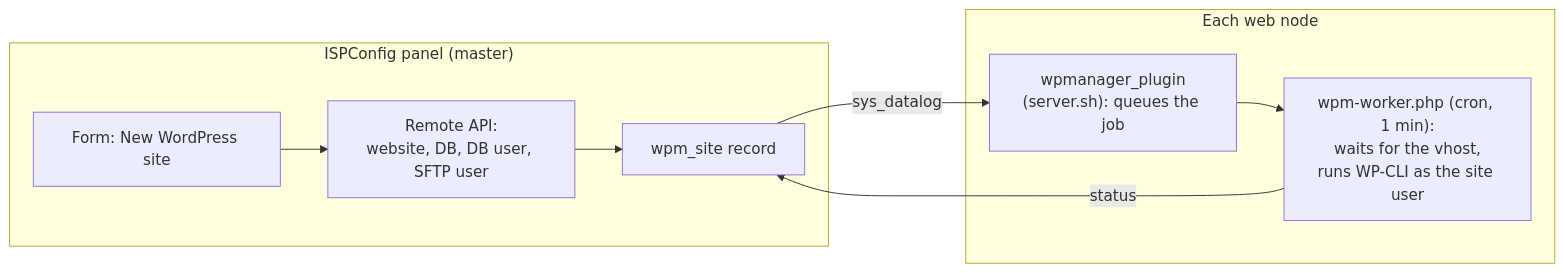
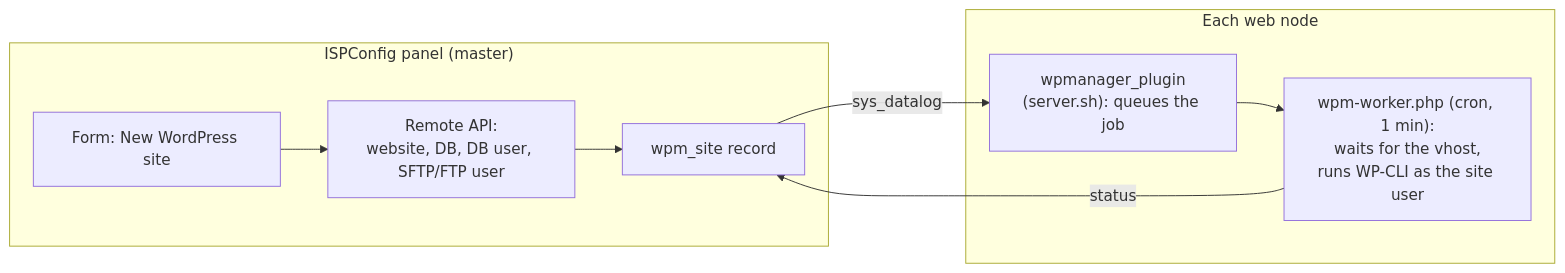
The diagram in README.md (stekky81/ispconfig-wp-manager), drawn with Mermaid before and after one commit. The commit also changed other lines of this file and 14 other files, not shown here.

First line of the commit message:
panel: let the admin choose SFTP or FTP access for a new site

````diff
--- a/README.md
+++ b/README.md
@@ -36,16 +36,16 @@
 ```mermaid
 flowchart LR
     subgraph panel["ISPConfig panel (master)"]
         form["Form: New WordPress site"]
-        api["Remote API:<br/>website, DB, DB user, SFTP user"]
+        api["Remote API:<br/>website, DB, DB user, SFTP/FTP user"]
         rec["wpm_site record"]
         form --> api --> rec
     end
     subgraph webnode["Each web node"]
         plugin["wpmanager_plugin<br/>(server.sh): queues the job"]
         worker["wpm-worker.php (cron, 1 min):<br/>waits for the vhost,<br/>runs WP-CLI as the site user"]
         plugin --> worker
     end
     rec -- sys_datalog --> plugin
     worker -- status --> rec
 ```
````
